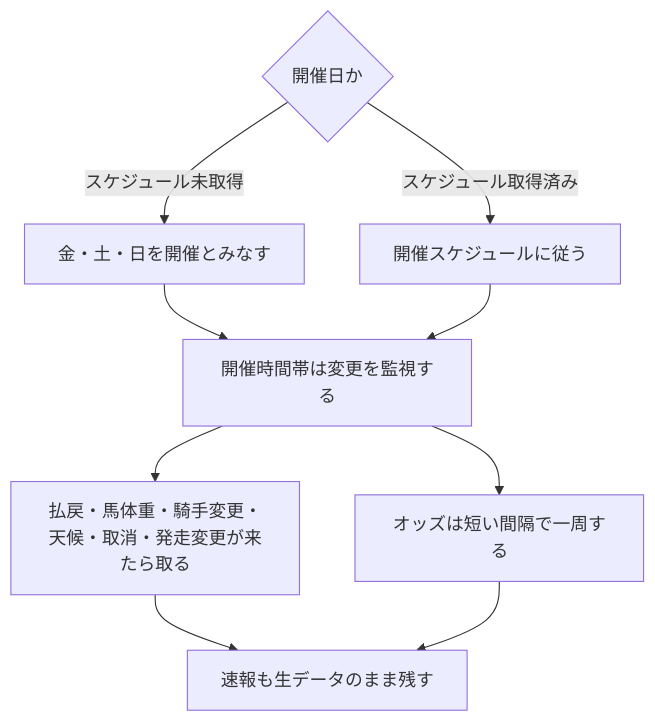
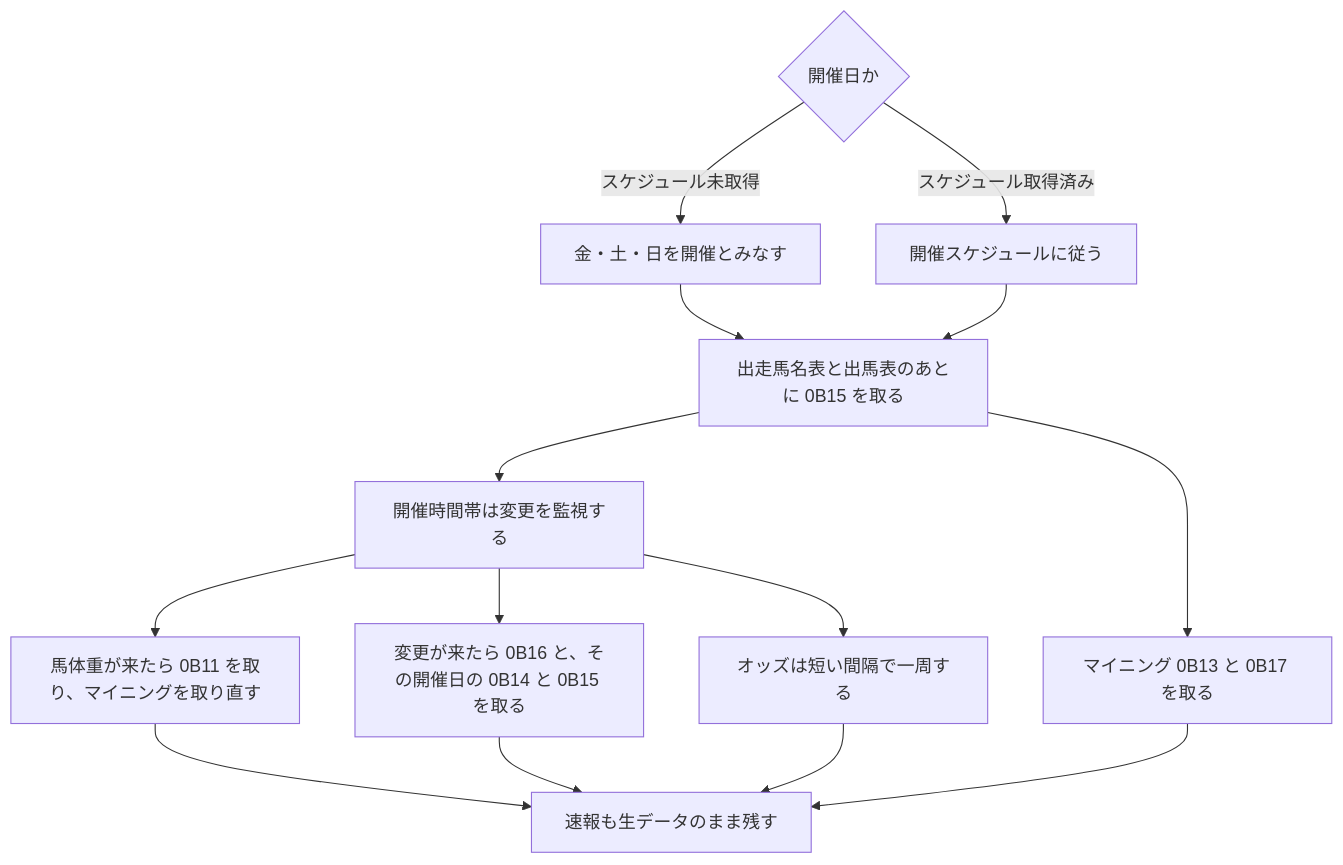
The fourth of 4 diagrams in docs/jv-data-collector/requirements.md (betashort/keiba-dwh), drawn with Mermaid before and after one commit. The commit also changed other lines of this file and 41 other files, not shown here.

````diff
--- a/docs/jv-data-collector/requirements.md
+++ b/docs/jv-data-collector/requirements.md
@@ -97,11 +98,16 @@
 ```mermaid
 flowchart TD
   day{"開催日か"} -->|スケジュール未取得| weekend["金・土・日を開催とみなす"]
   day -->|スケジュール取得済み| sched["開催スケジュールに従う"]
-  weekend --> watch["開催時間帯は変更を監視する"]
-  sched --> watch
-  watch --> event["払戻・馬体重・騎手変更・天候・取消・発走変更が来たら取る"]
+  weekend --> card["出走馬名表と出馬表のあとに 0B15 を取る"]
+  sched --> card
+  card --> mine["マイニング 0B13 と 0B17 を取る"]
+  card --> watch["開催時間帯は変更を監視する"]
+  watch --> weight["馬体重が来たら 0B11 を取り、マイニングを取り直す"]
+  watch --> change["変更が来たら 0B16 と、その開催日の 0B14 と 0B15 を取る"]
   watch --> odds["オッズは短い間隔で一周する"]
-  event --> raw["速報も生データのまま残す"]
+  weight --> raw["速報も生データのまま残す"]
+  change --> raw
   odds --> raw
+  mine --> raw
 ```
````
